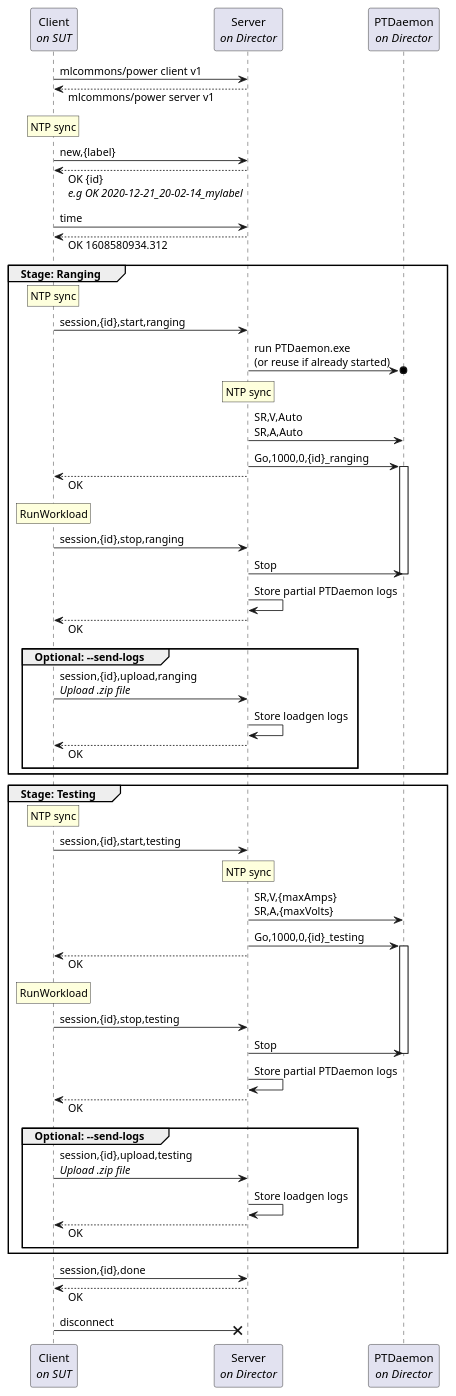
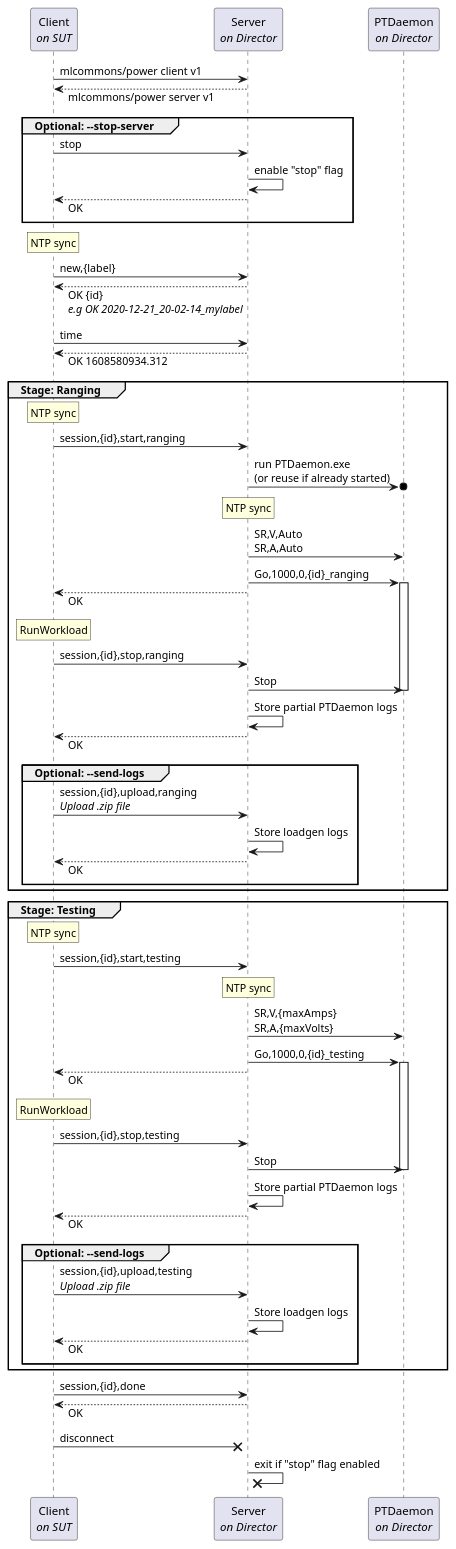
One commit to mlcommons/power-dev changed the diagram in ptd_client_server/doc/sequence.puml. Above: the diagram before and after it, drawn with PlantUML. The commit also changed 2 other files, not shown here.

Commit message:
client: Add --stop-server option
Closes #68

```diff
--- a/ptd_client_server/doc/sequence.puml
+++ b/ptd_client_server/doc/sequence.puml
@@ -4,92 +4,100 @@
 @startuml
 
 skinparam responseMessageBelowArrow true
 
 participant "Client\n//on SUT//" as Client
 participant "Server\n//on Director//" as Server
 participant "PTDaemon\n//on Director//" as PTDaemon
 
 Client -> Server: mlcommons/power client v1
 Client <-- Server: mlcommons/power server v1
+
+group Optional: --stop-server
+    Client -> Server: stop
+    Server -> Server: enable "stop" flag
+    Client <-- Server: OK
+end
 
 rnote over Client
     NTP sync
 endnote
 
 Client -> Server: new,{label}
 Client <-- Server: OK {id}\n//e.g OK 2020-12-21_20-02-14_mylabel//
 
 Client -> Server: time
 Client <-- Server: OK 1608580934.312
 
 group Stage: Ranging
     rnote over Client
         NTP sync
     endnote
 
     Client -> Server: session,{id},start,ranging
     Server ->o PTDaemon: run PTDaemon.exe\n(or reuse if already started)
     rnote over Server
         NTP sync
     endnote
     Server -> PTDaemon: SR,V,Auto\nSR,A,Auto
     Server -> PTDaemon: Go,1000,0,{id}_ranging
     
     activate PTDaemon
     Client <-- Server: OK
     
     rnote over Client
         RunWorkload
     endnote
     
     Client -> Server: session,{id},stop,ranging
     Server -> PTDaemon: Stop
     deactivate PTDaemon
     Server -> Server: Store partial PTDaemon logs
     Client <-- Server: OK
     
     group Optional: --send-logs
         Client -> Server: session,{id},upload,ranging\n//Upload .zip file//
         Server -> Server: Store loadgen logs
         Client <-- Server: OK
     end
 end
 
 group Stage: Testing
     rnote over Client
         NTP sync
     endnote
 
     Client -> Server: session,{id},start,testing
     rnote over Server
         NTP sync
     endnote
     Server -> PTDaemon: SR,V,{maxAmps}\nSR,A,{maxVolts}
     Server -> PTDaemon: Go,1000,0,{id}_testing
     
     activate PTDaemon
     Client <-- Server: OK
     
     rnote over Client
         RunWorkload
     endnote
     
     Client -> Server: session,{id},stop,testing
     Server -> PTDaemon: Stop
     deactivate PTDaemon
     Server -> Server: Store partial PTDaemon logs
     Client <-- Server: OK
     
     group Optional: --send-logs
         Client -> Server: session,{id},upload,testing\n//Upload .zip file//
         Server -> Server: Store loadgen logs
         Client <-- Server: OK
     end
 end
 
 Client -> Server: session,{id},done
 Client <-- Server: OK
 
 Client ->x Server: disconnect
 
+Server ->x Server: exit if "stop" flag enabled
+
 @enduml
```
